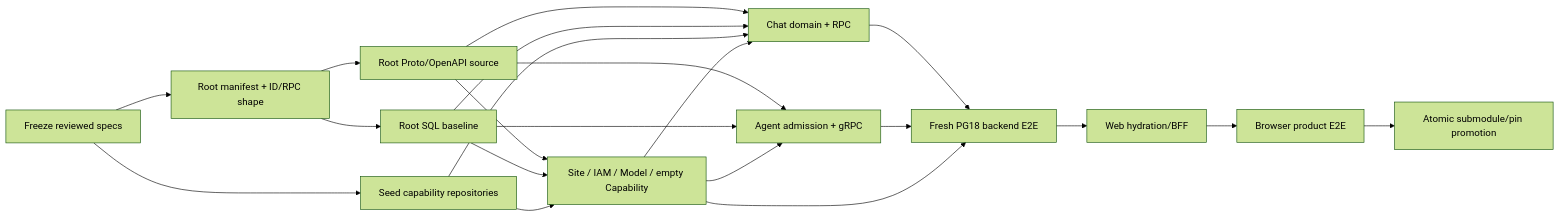
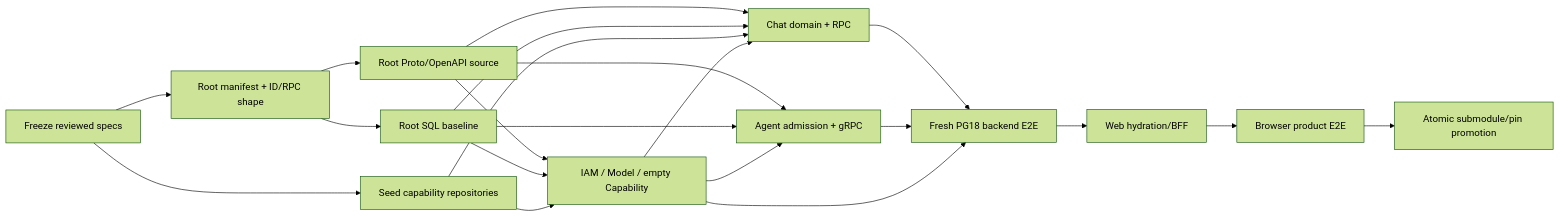
One commit to LordFoxFairy/Kokoro changed the diagram in docs/superpowers/plans/2026-08-14-sql-backed-chat-slice-a-master-plan.md. Above: the diagram before and after it, drawn with Mermaid (forest theme). The commit also changed other lines of this file and 4 other files, not shown here.

Commit message:
docs(architecture): align multi-site native backend plan

````diff
--- a/docs/superpowers/plans/2026-08-14-sql-backed-chat-slice-a-master-plan.md
+++ b/docs/superpowers/plans/2026-08-14-sql-backed-chat-slice-a-master-plan.md
@@ -177,23 +182,23 @@
 ```mermaid
 flowchart LR
   S["Freeze reviewed specs"] --> M["Root manifest + ID/RPC shape"]
   S --> P["Seed capability repositories"]
   M --> D["Root SQL baseline"]
   M --> R["Root Proto/OpenAPI source"]
-  R --> I["Site / IAM / Model / empty Capability"]
+  R --> I["IAM / Model / empty Capability"]
   R --> C["Chat domain + RPC"]
   R --> A["Agent admission + gRPC"]
   D --> I
   D --> C
   D --> A
   P --> I
   P --> C
   I --> C
   I --> A
   C --> B["Fresh PG18 backend E2E"]
   A --> B
   I --> B
   B --> W["Web hydration/BFF"]
   W --> E["Browser product E2E"]
   E --> X["Atomic submodule/pin promotion"]
 ```
````
